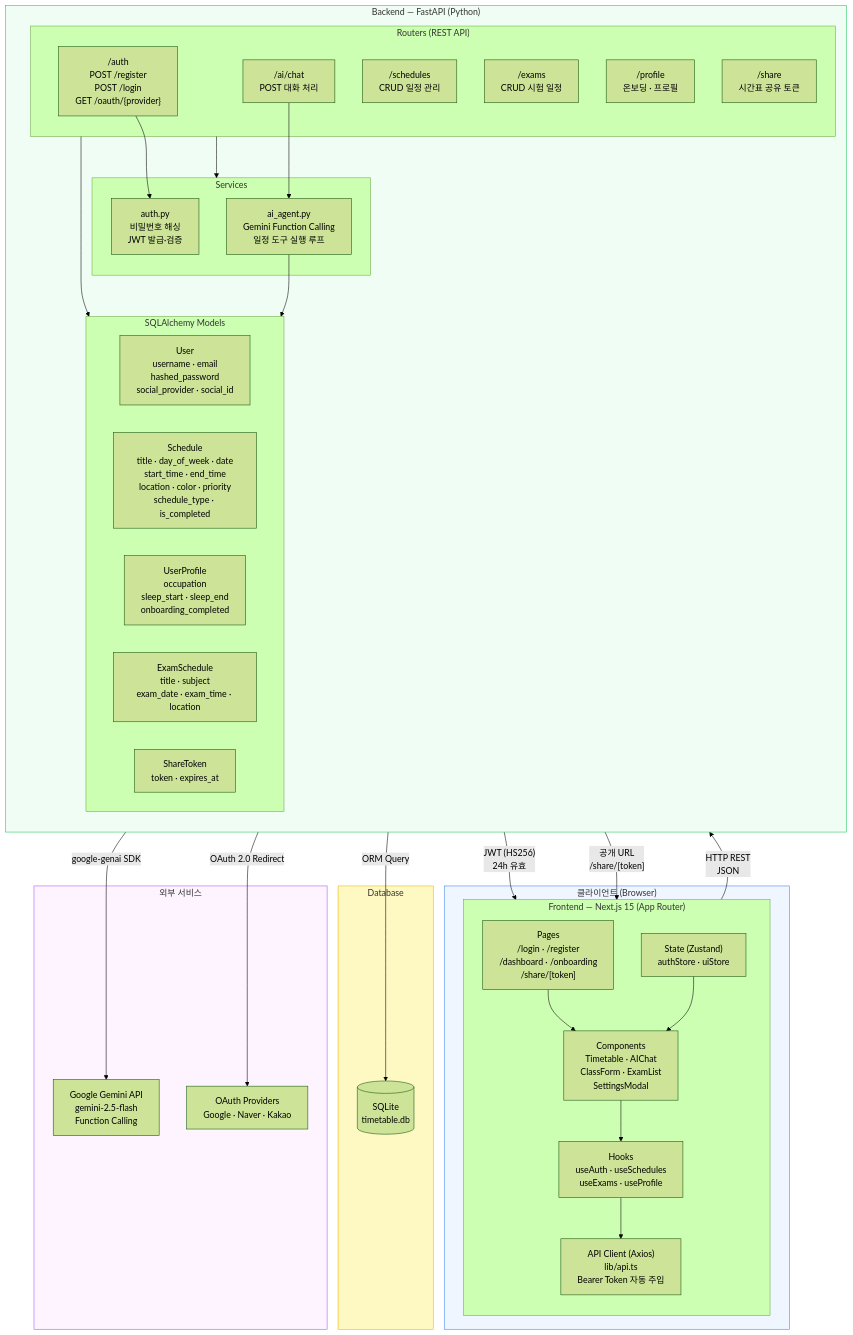
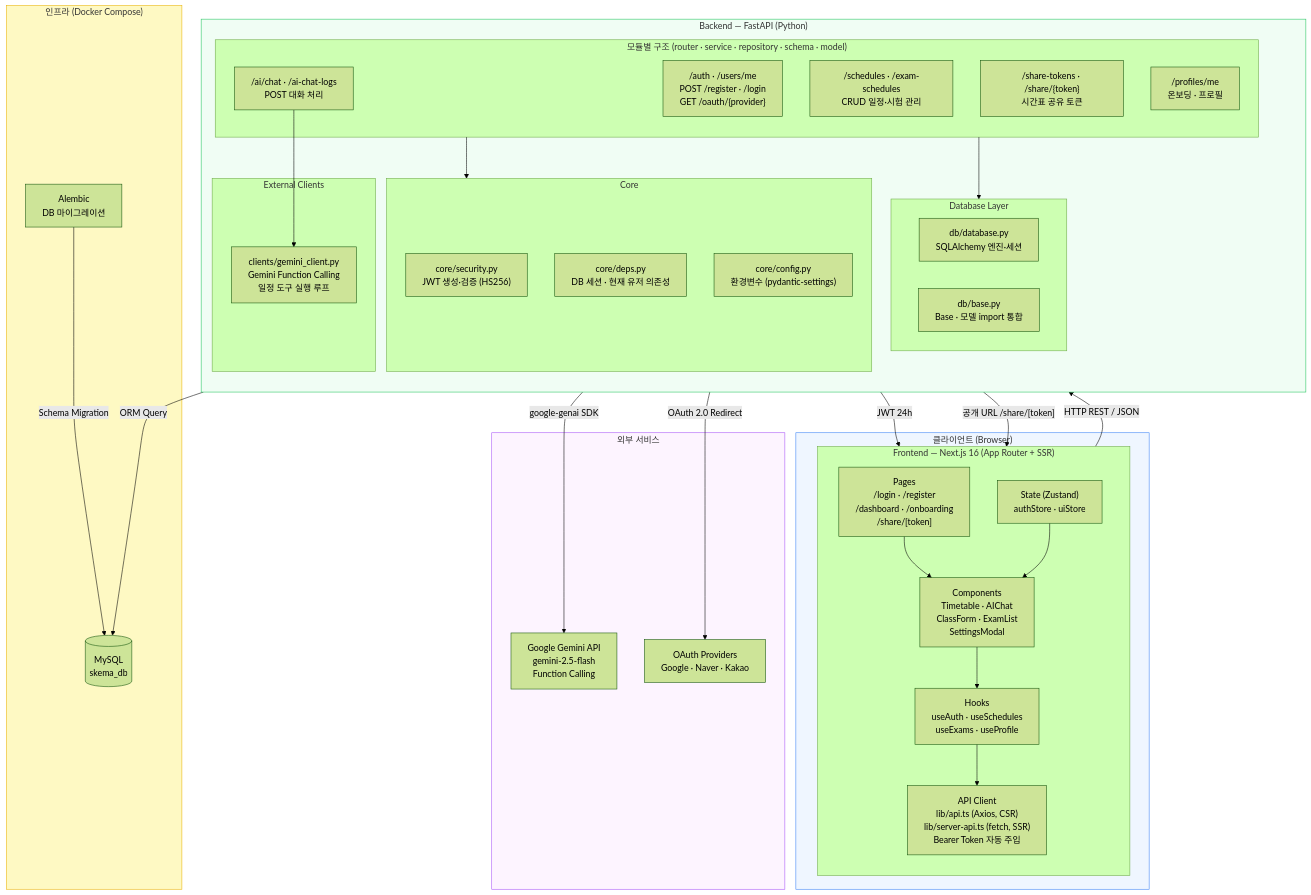
The diagram in docs/architecture.md (jenny2e/capstone-design-2026-1), drawn with Mermaid (forest theme) before and after one commit. The commit also changed other lines of this file, not shown here.

Commit message:
docs: architecture.md 업데이트 (MySQL, Next.js 16 SSR, 모듈별 구조 반영)

````diff
--- a/docs/architecture.md
+++ b/docs/architecture.md
@@ -5,75 +5,76 @@
 ```mermaid
 graph TB
     subgraph Client["클라이언트 (Browser)"]
-        subgraph FE["Frontend — Next.js 15 (App Router)"]
+        subgraph FE["Frontend — Next.js 16 (App Router + SSR)"]
             direction TB
             Pages["Pages\n/login · /register\n/dashboard · /onboarding\n/share/[token]"]
             Components["Components\nTimetable · AIChat\nClassForm · ExamList\nSettingsModal"]
             Hooks["Hooks\nuseAuth · useSchedules\nuseExams · useProfile"]
             Store["State (Zustand)\nauthStore · uiStore"]
-            ApiClient["API Client (Axios)\nlib/api.ts\nBearer Token 자동 주입"]
+            ApiClient["API Client\nlib/api.ts (Axios, CSR)\nlib/server-api.ts (fetch, SSR)\nBearer Token 자동 주입"]
 
             Pages --> Components
             Components --> Hooks
             Hooks --> ApiClient
             Store --> Components
         end
     end
 
     subgraph Backend["Backend — FastAPI (Python)"]
         direction TB
-        subgraph Routers["Routers (REST API)"]
-            AuthRouter["/auth\nPOST /register\nPOST /login\nGET /oauth/{provider}"]
-            ScheduleRouter["/schedules\nCRUD 일정 관리"]
-            AIRouter["/ai/chat\nPOST 대화 처리"]
-            ExamRouter["/exams\nCRUD 시험 일정"]
-            ProfileRouter["/profile\n온보딩 · 프로필"]
-            ShareRouter["/share\n시간표 공유 토큰"]
+        subgraph Modules["모듈별 구조 (router · service · repository · schema · model)"]
+            AuthRouter["/auth · /users/me\nPOST /register · /login\nGET /oauth/{provider}"]
+            ScheduleRouter["/schedules · /exam-schedules\nCRUD 일정·시험 관리"]
+            AIRouter["/ai/chat · /ai-chat-logs\nPOST 대화 처리"]
+            ShareRouter["/share-tokens · /share/{token}\n시간표 공유 토큰"]
+            ProfileRouter["/profiles/me\n온보딩 · 프로필"]
         end
 
-        subgraph Services["Services"]
-            AuthService["auth.py\n비밀번호 해싱\nJWT 발급·검증"]
-            AIAgent["ai_agent.py\nGemini Function Calling\n일정 도구 실행 루프"]
+        subgraph Core["Core"]
+            Security["core/security.py\nJWT 생성·검증 (HS256)"]
+            Deps["core/deps.py\nDB 세션 · 현재 유저 의존성"]
+            Config["core/config.py\n환경변수 (pydantic-settings)"]
         end
 
-        subgraph Models["SQLAlchemy Models"]
-            UserModel["User\nusername · email\nhashed_password\nsocial_provider · social_id"]
-            ScheduleModel["Schedule\ntitle · day_of_week · date\nstart_time · end_time\nlocation · color · priority\nschedule_type · is_completed"]
-            ProfileModel["UserProfile\noccupation\nsleep_start · sleep_end\nonboarding_completed"]
-            ExamModel["ExamSchedule\ntitle · subject\nexam_date · exam_time · location"]
-            ShareModel["ShareToken\ntoken · expires_at"]
+        subgraph Clients["External Clients"]
+            GeminiClient["clients/gemini_client.py\nGemini Function Calling\n일정 도구 실행 루프"]
         end
 
-        Routers --> Services
-        Routers --> Models
-        AuthRouter --> AuthService
-        AIRouter --> AIAgent
-        AIAgent --> Models
+        subgraph DBLayer["Database Layer"]
+            DBSession["db/database.py\nSQLAlchemy 엔진·세션"]
+            DBBase["db/base.py\nBase · 모델 import 통합"]
+        end
+
+        Modules --> Core
+        Modules --> DBLayer
+        AIRouter --> GeminiClient
     end
 
-    subgraph DB["Database"]
-        SQLite[("SQLite\ntimetable.db")]
+    subgraph Infra["인프라 (Docker Compose)"]
+        MySQL[("MySQL\nskema_db")]
+        Alembic["Alembic\nDB 마이그레이션"]
     end
 
     subgraph External["외부 서비스"]
         Gemini["Google Gemini API\ngemini-2.5-flash\nFunction Calling"]
         OAuth["OAuth Providers\nGoogle · Naver · Kakao"]
     end
 
     %% 데이터 흐름
-    ApiClient -- "HTTP REST\nJSON" --> Routers
-    Models -- "ORM Query" --> SQLite
-    AIAgent -- "google-genai SDK" --> Gemini
+    ApiClient -- "HTTP REST / JSON" --> Modules
+    DBLayer -- "ORM Query" --> MySQL
+    Alembic -- "Schema Migration" --> MySQL
+    GeminiClient -- "google-genai SDK" --> Gemini
     AuthRouter -- "OAuth 2.0 Redirect" --> OAuth
 
     %% 인증 흐름
-    AuthService -- "JWT (HS256)\n24h 유효" --> ApiClient
+    Security -- "JWT 24h" --> ApiClient
 
     %% 공유 흐름
-    ShareRouter -- "공개 URL\n/share/[token]" --> Pages
+    ShareRouter -- "공개 URL /share/[token]" --> Pages
 
     style Client fill:#EFF6FF,stroke:#3B82F6
     style Backend fill:#F0FDF4,stroke:#22C55E
-    style DB fill:#FEF9C3,stroke:#EAB308
+    style Infra fill:#FEF9C3,stroke:#EAB308
     style External fill:#FDF4FF,stroke:#A855F7
 ```
````
